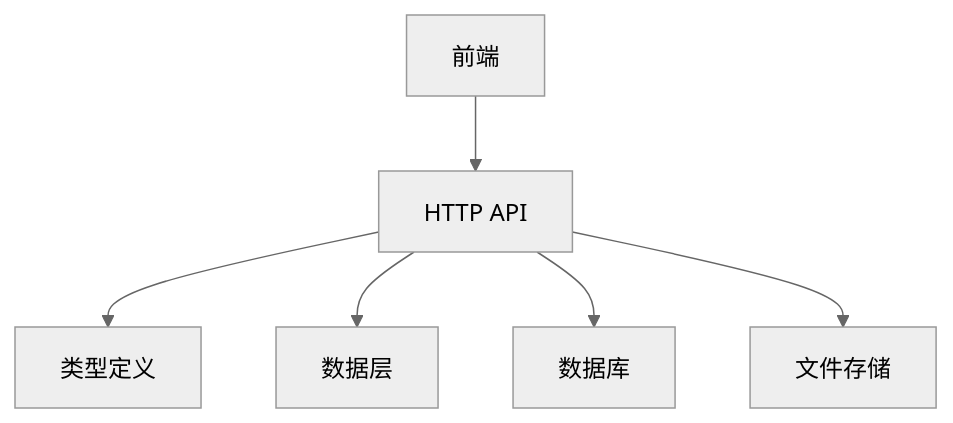
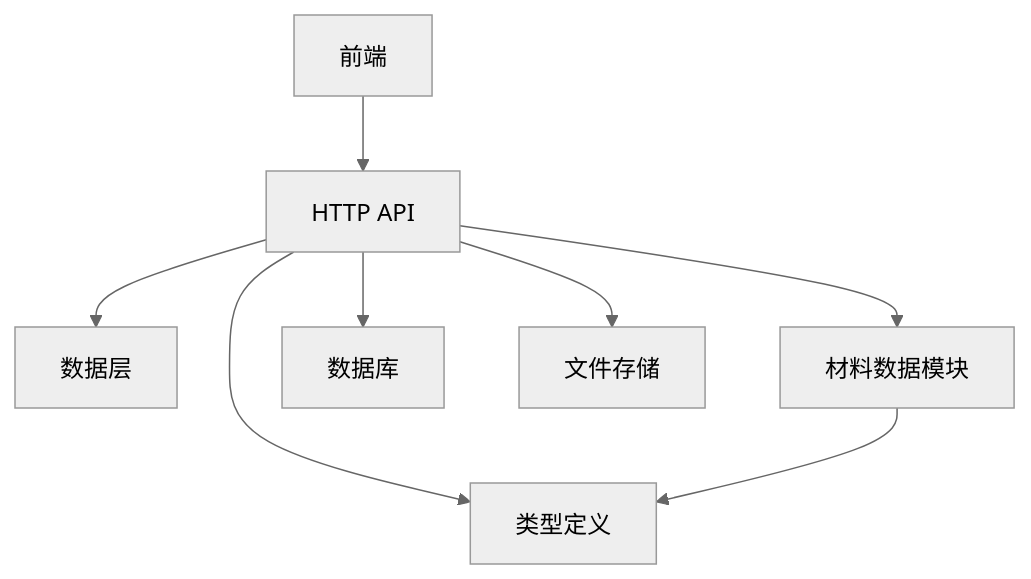
One commit to Hu-Right/supply-os changed diagram 12 of 12 in .qoder/repowiki/zh/content/数据管理/材料数据管理.md. Above: the diagram before and after it, drawn with Mermaid (neutral theme). The commit also changed other lines of this file and 33 other files, not shown here.

````diff
--- a/.qoder/repowiki/zh/content/数据管理/材料数据管理.md
+++ b/.qoder/repowiki/zh/content/数据管理/材料数据管理.md
@@ -419,8 +448,10 @@
 ```mermaid
 graph TB
 FE["前端"] --> API["HTTP API"]
 API --> Types["类型定义"]
 API --> Data["数据层"]
+API --> Materials["材料数据模块"]
 API --> DB["数据库"]
 API --> FS["文件存储"]
+Materials --> Types
 ```
````
